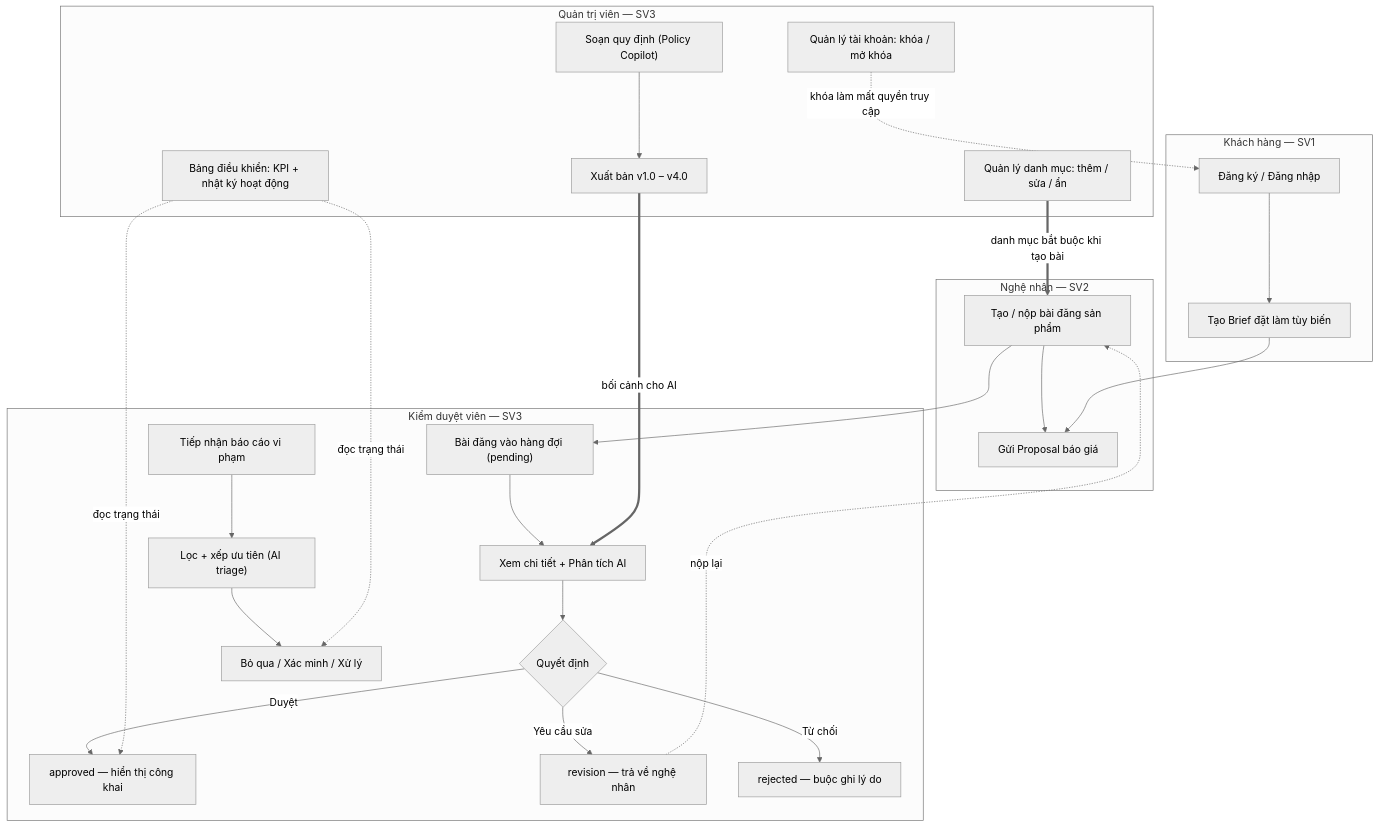
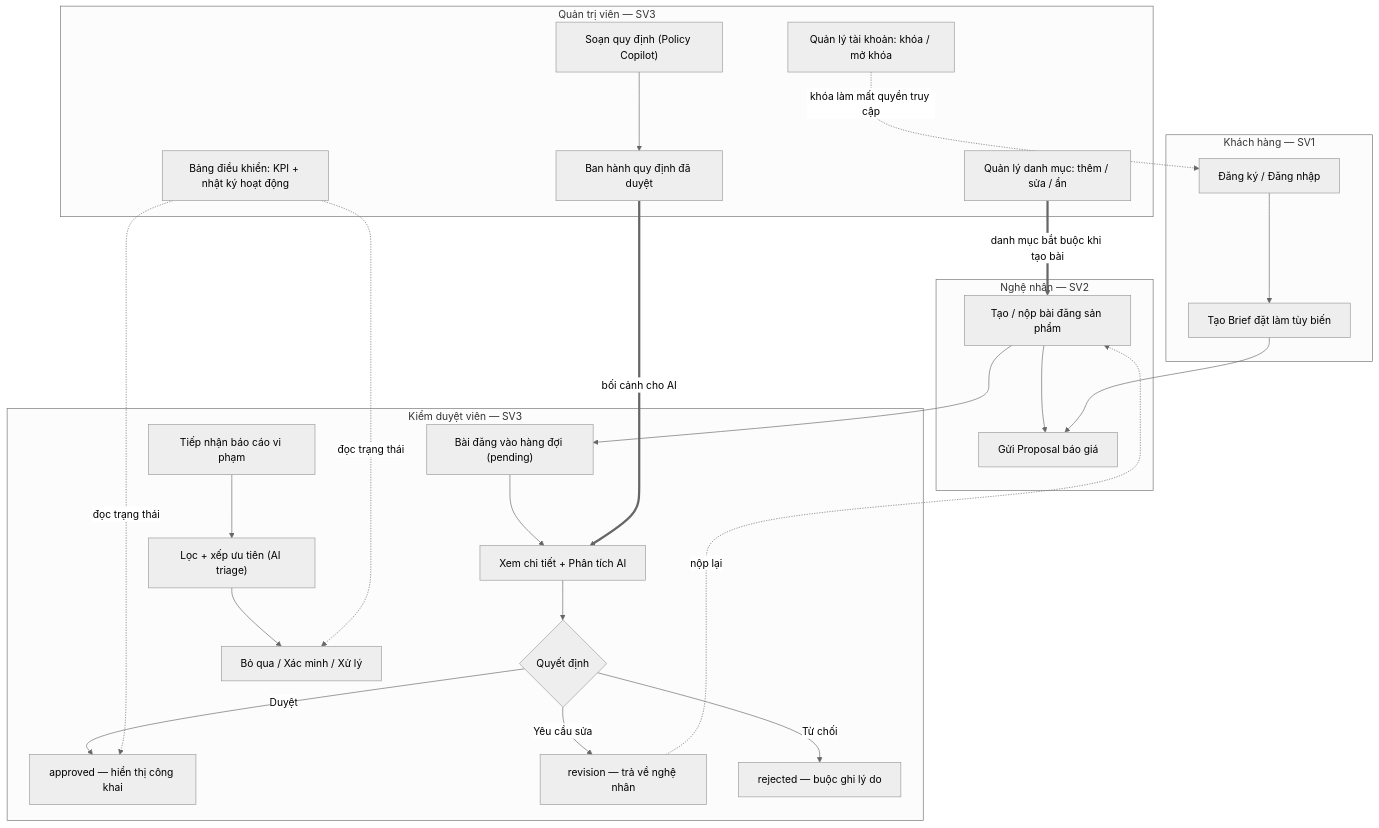
The diagram in docs/diagrams/user-flow-sv3.mmd (NguyenDinhQuangMinh/cse122-craftlink-team11), drawn with Mermaid (neutral theme) before and after one commit. The commit also changed 5 other files, not shown here.

```diff
--- a/docs/diagrams/user-flow-sv3.mmd
+++ b/docs/diagrams/user-flow-sv3.mmd
@@ -1,29 +1,29 @@
 flowchart TD
   subgraph SV1["Khách hàng — SV1"]
     A1["Đăng ký / Đăng nhập"] --> A2["Tạo Brief đặt làm tùy biến"]
   end
   subgraph SV2["Nghệ nhân — SV2"]
     B1["Tạo / nộp bài đăng sản phẩm"] --> B2["Gửi Proposal báo giá"]
   end
   subgraph MOD["Kiểm duyệt viên — SV3"]
     C1["Bài đăng vào hàng đợi (pending)"] --> C2["Xem chi tiết + Phân tích AI"]
     C2 --> C3{Quyết định}
     C3 -->|Duyệt| C4["approved — hiển thị công khai"]
     C3 -->|Yêu cầu sửa| C5["revision — trả về nghệ nhân"]
     C3 -->|Từ chối| C6["rejected — buộc ghi lý do"]
     D1["Tiếp nhận báo cáo vi phạm"] --> D2["Lọc + xếp ưu tiên (AI triage)"] --> D3["Bỏ qua / Xác minh / Xử lý"]
   end
   subgraph ADM["Quản trị viên — SV3"]
-    E1["Soạn quy định (Policy Copilot)"] --> E2["Xuất bản v1.0 – v4.0"]
+    E1["Soạn quy định (Policy Copilot)"] --> E2["Ban hành quy định đã duyệt"]
     E3["Quản lý danh mục: thêm / sửa / ẩn"]
     E4["Quản lý tài khoản: khóa / mở khóa"]
     E5["Bảng điều khiển: KPI + nhật ký hoạt động"]
   end
   A2 --> B2
   B1 --> C1
   C5 -.->|nộp lại| B1
   E2 ==>|bối cảnh cho AI| C2
   E3 ==>|danh mục bắt buộc khi tạo bài| B1
   E4 -.->|khóa làm mất quyền truy cập| A1
   E5 -.->|đọc trạng thái| C4
   E5 -.->|đọc trạng thái| D3
```
